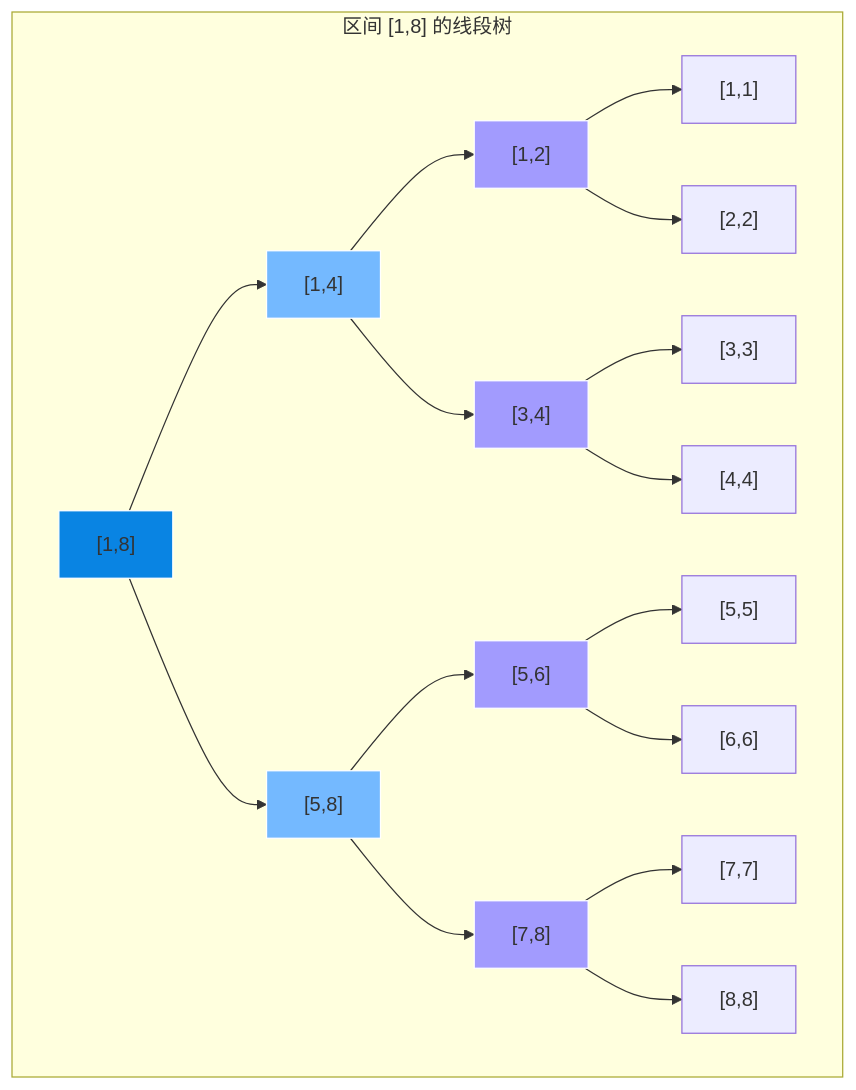
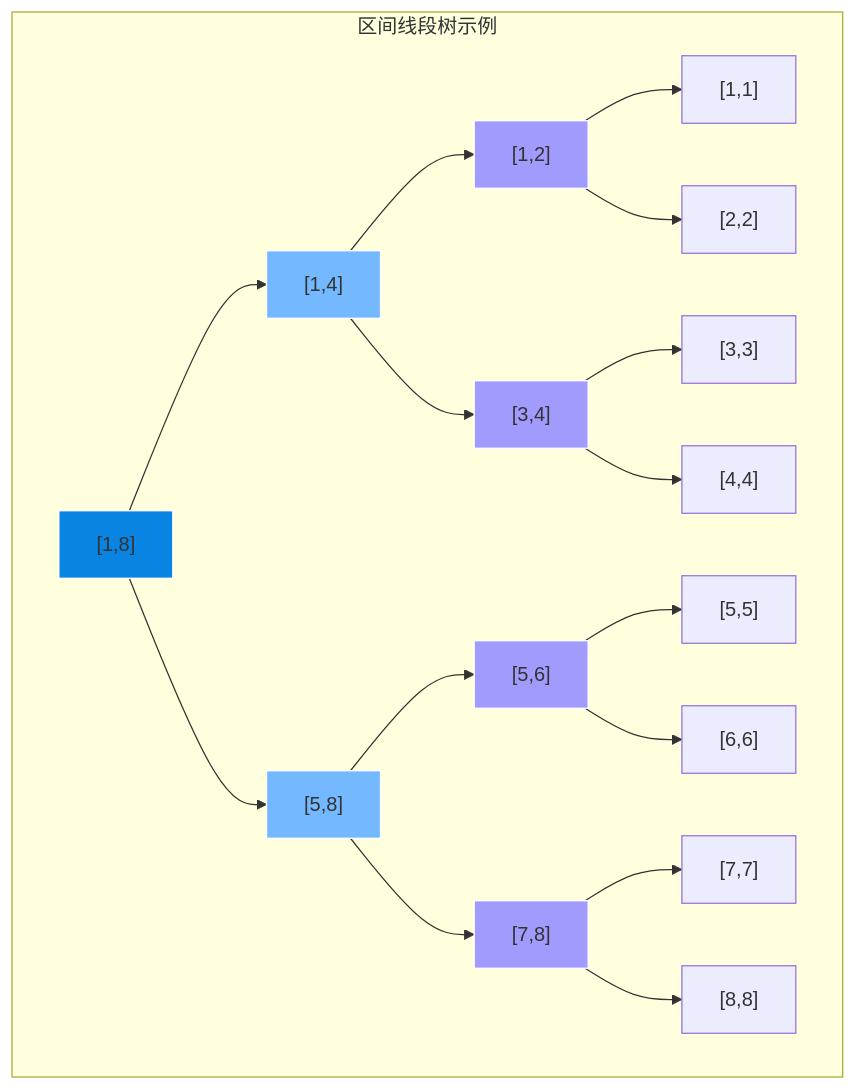
Before and after one commit to dd-xiaozhi/study-notes: the seventh of 9 diagrams in 计算机基础/算法/数据结构与算法/12_高级数据结构.md, drawn with Mermaid. The commit also changed 84 other files, not shown here.

````diff
--- a/计算机基础/算法/数据结构与算法/12_高级数据结构.md
+++ b/计算机基础/算法/数据结构与算法/12_高级数据结构.md
@@ -611,27 +611,27 @@
 ```mermaid
 graph TB
-    subgraph "区间 [1,8] 的线段树"
+    subgraph 区间线段树示例
         A["[1,8]"] --> B["[1,4]"]
         A --> C["[5,8]"]
         B --> D["[1,2]"]
         B --> E["[3,4]"]
         C --> F["[5,6]"]
         C --> G["[7,8]"]
         D --> H["[1,1]"]
         D --> I["[2,2]"]
         E --> J["[3,3]"]
         E --> K["[4,4]"]
         F --> L["[5,5]"]
         F --> M["[6,6]"]
         G --> N["[7,7]"]
         G --> O["[8,8]"]
     end
     
     style A fill:#0984e3,stroke:#fff
     style B fill:#74b9ff,stroke:#fff
     style C fill:#74b9ff,stroke:#fff
     style D fill:#a29bfe,stroke:#fff
     style E fill:#a29bfe,stroke:#fff
     style F fill:#a29bfe,stroke:#fff
     style G fill:#a29bfe,stroke:#fff
 ```
````
